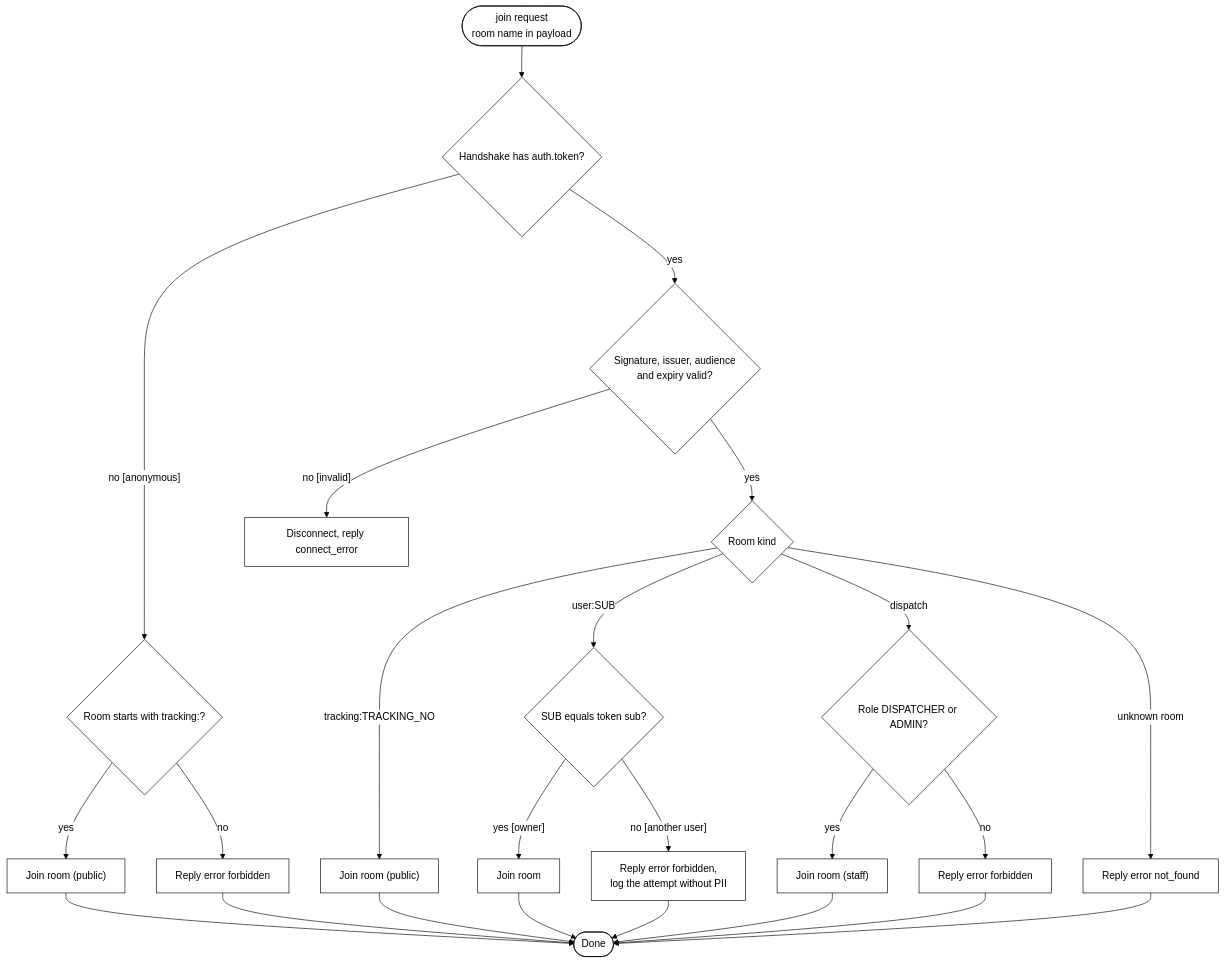
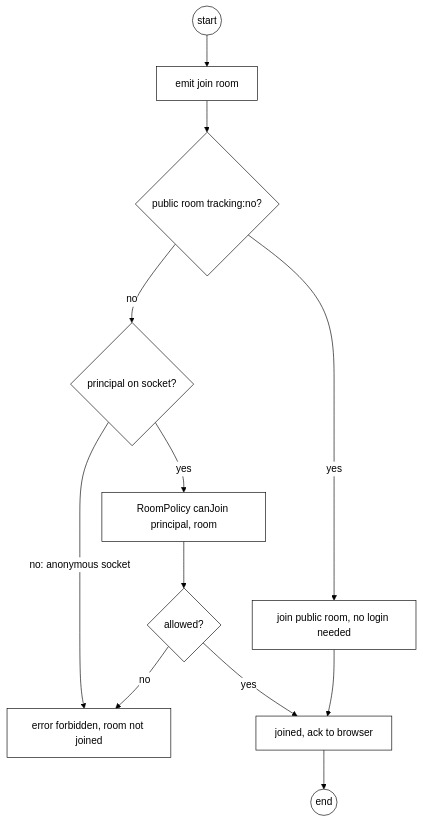
The diagram in doc/diagrams/m6-real-time-tracking/activity-m6-room-subscription.mmd (Pasidu-Mihiranga/SwiftDrop), drawn with Mermaid before and after one commit. The commit also changed 39 other files, not shown here.

First line of the commit message:
docs(m6): redraw real-time tracking diagrams in the M10 design style

```diff
--- a/doc/diagrams/m6-real-time-tracking/activity-m6-room-subscription.mmd
+++ b/doc/diagrams/m6-real-time-tracking/activity-m6-room-subscription.mmd
@@ -1,27 +1,14 @@
-%%{init: {"theme":"base","themeVariables":{"background":"#ffffff","mainBkg":"#ffffff","primaryColor":"#ffffff","primaryBorderColor":"#000000","primaryTextColor":"#000000","secondaryColor":"#f2f2f2","tertiaryColor":"#ffffff","lineColor":"#000000","textColor":"#000000","clusterBkg":"#ffffff","clusterBorder":"#000000","titleColor":"#000000","edgeLabelBackground":"#ffffff","fontFamily":"Arial, Helvetica, sans-serif"}}}%%
-%% M6 activity: decision flow for a socket join request (RoomPolicy).
-%% Every join is checked on the server; the client's choice of room is never trusted.
+%%{init: {"theme":"base","themeVariables":{"primaryColor":"#ffffff","primaryBorderColor":"#000000","primaryTextColor":"#000000","lineColor":"#000000","background":"#ffffff","fontFamily":"Arial"}}}%%
+%% M6 room join decision. Editable source for activity-m6-room-subscription.svg / .png (hand-drawn export, swimlanes).
 flowchart TD
-    S(["join request<br/>room name in payload"]) --> T{"Handshake has auth.token?"}
-    T -- "no [anonymous]" --> P{"Room starts with tracking:?"}
-    P -- "yes" --> OK1["Join room (public)"]
-    P -- "no" --> NO1["Reply error forbidden"]
-    T -- "yes" --> JV{"Signature, issuer, audience<br/>and expiry valid?"}
-    JV -- "no [invalid]" --> DC["Disconnect, reply connect_error"]
-    JV -- "yes" --> K{"Room kind"}
-    K -- "tracking:TRACKING_NO" --> OK2["Join room (public)"]
-    K -- "user:SUB" --> Q{"SUB equals token sub?"}
-    Q -- "yes [owner]" --> OK3["Join room"]
-    Q -- "no [another user]" --> NO2["Reply error forbidden,<br/>log the attempt without PII"]
-    K -- "dispatch" --> R{"Role DISPATCHER or ADMIN?"}
-    R -- "yes" --> OK4["Join room (staff)"]
-    R -- "no" --> NO3["Reply error forbidden"]
-    K -- "unknown room" --> NO4["Reply error not_found"]
-    OK1 --> DONE(["Done"])
-    OK2 --> DONE
-    OK3 --> DONE
-    OK4 --> DONE
-    NO1 --> DONE
-    NO2 --> DONE
-    NO3 --> DONE
-    NO4 --> DONE
+    S((start)) --> REQ["emit join room"]
+    REQ --> PUB{"public room tracking:no?"}
+    PUB -- "yes" --> OKP["join public room, no login needed"]
+    PUB -- "no" --> PR{"principal on socket?"}
+    PR -- "no: anonymous socket" --> REF["error forbidden, room not joined"]
+    PR -- "yes" --> CAN["RoomPolicy canJoin principal, room"]
+    CAN --> ALW{"allowed?"}
+    ALW -- "yes" --> JO["joined, ack to browser"]
+    ALW -- "no" --> REF
+    OKP --> JO
+    JO --> END((end))
```
